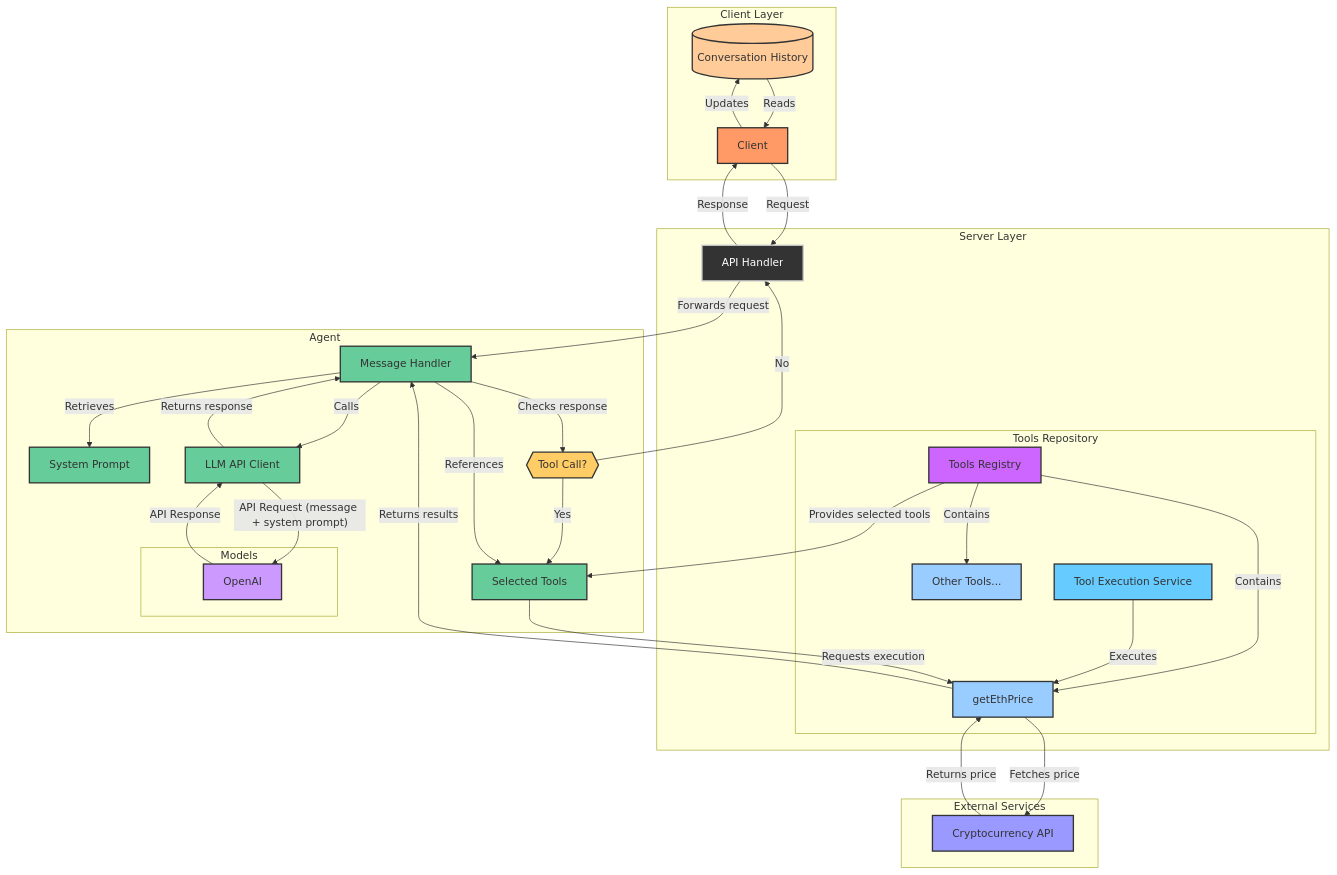
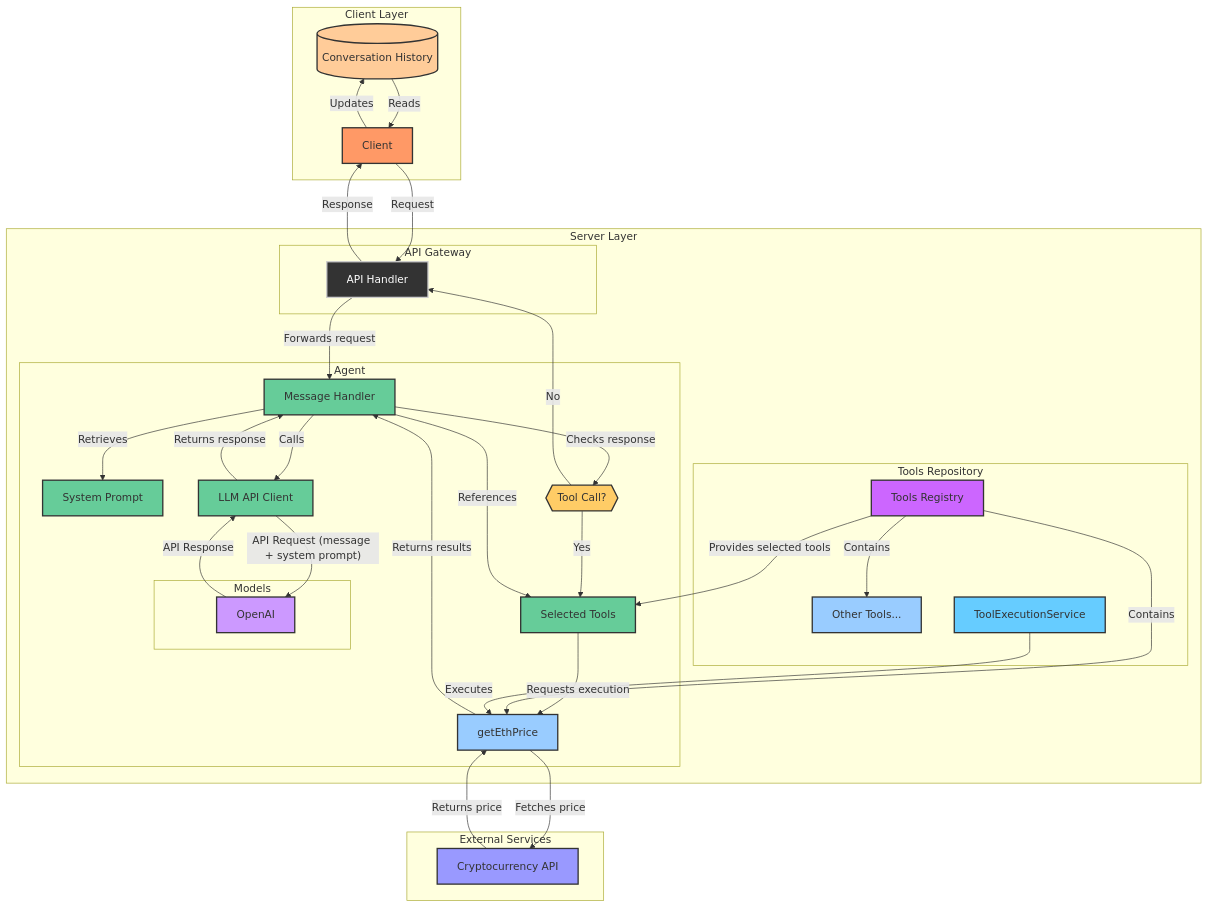
The diagram in server/lib/levels/flowcharts/level05.md (motechFR/ai-agents-demo), drawn with Mermaid before and after one commit. The commit also changed 7 other files, not shown here.

```diff
--- a/server/lib/levels/flowcharts/level05.md
+++ b/server/lib/levels/flowcharts/level05.md
@@ -7,43 +7,45 @@
         ConversationHistory -- "Reads" --> Client
     end
 
+
     subgraph Server Layer
-        APIHandler["API Handler"]
+        subgraph API Gateway
+            APIHandler["API Handler"]
+        end
+
+         subgraph Agent
+            MessageHandler["Message Handler"]
+            SystemPrompt["System Prompt"]
+            LLMClient["LLM API Client"]
+            SelectedTools["Selected Tools"]
+            ToolCallTest{{"Tool Call?"}}
+            
+            subgraph Models
+                OpenAI["OpenAI"]
+            end
+            
+            MessageHandler -- "Retrieves" --> SystemPrompt
+            MessageHandler -- "Calls" --> LLMClient
+            LLMClient -- "API Request (message + system prompt)" --> OpenAI
+            OpenAI -- "API Response" --> LLMClient
+            LLMClient -- "Returns response" --> MessageHandler
+            MessageHandler -- "Checks response" --> ToolCallTest
+            ToolCallTest -- "Yes" --> SelectedTools
+            ToolCallTest -- "No" --> APIHandler
+            MessageHandler -- "References" --> SelectedTools
+            SelectedTools -- "Requests execution" --> GetEthPrice
+            GetEthPrice -- "Returns results" --> MessageHandler
+        end
         
         subgraph Tools Repository
             ToolsRegistry["Tools Registry"]
             GetEthPrice["getEthPrice"]
             OtherTools["Other Tools..."]
-            ToolExecutionService["Tool Execution Service"]
             
             ToolsRegistry -- "Contains" --> GetEthPrice
             ToolsRegistry -- "Contains" --> OtherTools
             ToolExecutionService -- "Executes" --> GetEthPrice
         end
-    end
-    
-    subgraph Agent
-        MessageHandler["Message Handler"]
-        SystemPrompt["System Prompt"]
-        LLMClient["LLM API Client"]
-        SelectedTools["Selected Tools"]
-        ToolCallTest{{"Tool Call?"}}
-        
-        subgraph Models
-            OpenAI["OpenAI"]
-        end
-        
-        MessageHandler -- "Retrieves" --> SystemPrompt
-        MessageHandler -- "Calls" --> LLMClient
-        LLMClient -- "API Request (message + system prompt)" --> OpenAI
-        OpenAI -- "API Response" --> LLMClient
-        LLMClient -- "Returns response" --> MessageHandler
-        MessageHandler -- "Checks response" --> ToolCallTest
-        ToolCallTest -- "Yes" --> SelectedTools
-        ToolCallTest -- "No" --> APIHandler
-        MessageHandler -- "References" --> SelectedTools
-        SelectedTools -- "Requests execution" --> GetEthPrice
-        GetEthPrice -- "Returns results" --> MessageHandler
     end
 
     Client -- "Request" --> APIHandler
```
